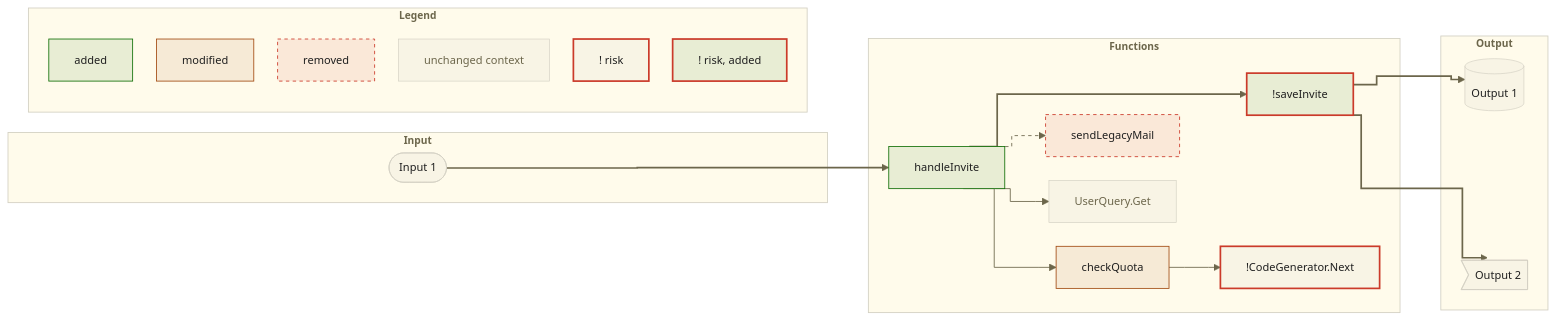
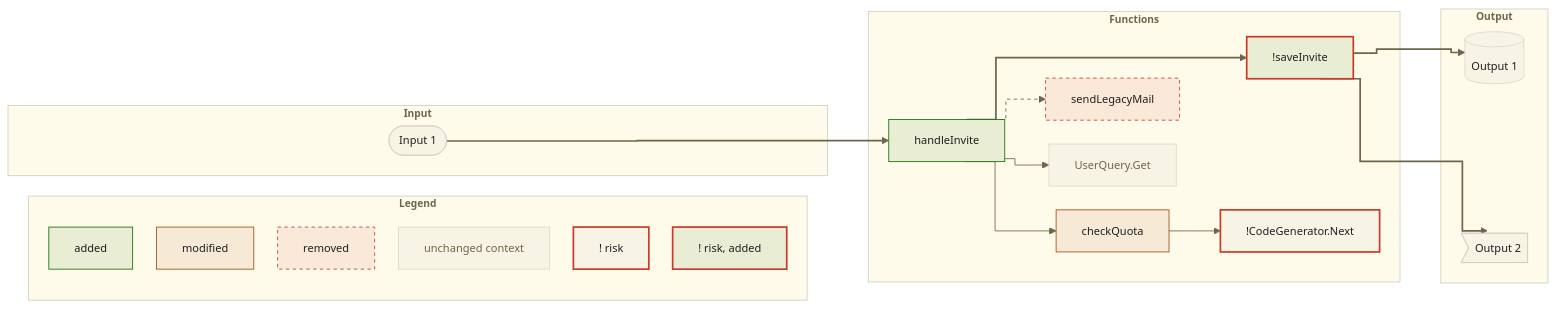
One commit to gagoar/pr-brief changed the sixth of 6 diagrams in README.md. Above: the diagram before and after it, drawn with Mermaid. The commit also changed other lines of this file and 37 other files, not shown here.

First line of the commit message:
Draw the Legend as one row under the chart

````diff
--- a/README.md
+++ b/README.md
@@ -291,50 +291,50 @@
 ```mermaid
 %%{init: {"theme":"base","flowchart":{"curve":"step","nodeSpacing":28,"rankSpacing":48,"diagramPadding":40},"themeVariables":{"darkMode":false,"background":"#fffbeb","fontFamily":"Inter, Helvetica, Arial","fontSize":"13px","dropShadow":"none","primaryColor":"#f8f4e5","primaryTextColor":"#1f1f1f","primaryBorderColor":"#d2cfc2","nodeTextColor":"#1f1f1f","textColor":"#1f1f1f","mainBkg":"#f8f4e5","nodeBorder":"#d2cfc2","lineColor":"#6c664b","clusterBkg":"#fffbeb","clusterBorder":"#d2cfc2","titleColor":"#6c664b","edgeLabelBackground":"#fffbeb"}}}%%
 graph LR
+  subgraph LEG["Legend"]
+    L1["added"]:::added
+    L2["modified"]:::modified
+    L3["removed"]:::removed
+    L4["unchanged context"]:::context
+    L5["! risk"]:::risk
+    L6["! risk, added"]:::riskadded
+  end
   subgraph IN["Input"]
     I1(["Input 1"])
   end
   subgraph FN["Functions"]
     F1["handleInvite"]:::added
     F2["checkQuota"]:::modified
     F3["sendLegacyMail"]:::removed
     F4["UserQuery.Get"]:::context
     F5["!CodeGenerator.Next"]:::risk
     F6["!saveInvite"]:::riskadded
   end
   subgraph OUT["Output"]
     O1[("Output 1")]
     O2>"Output 2"]
   end
   I1 ==> F1
   F1 --> F2
   F1 --> F4
   F2 --> F5
   F1 ==> F6
   F1 -.-> F3
   F6 ==> O1
   F6 ==> O2
   F5 ~~~ O1
   F5 ~~~ O2
-  subgraph LEG["Legend"]
-    L1["added"]:::added
-    L2["modified"]:::modified
-    L3["removed"]:::removed
-    L4["unchanged context"]:::context
-    L5["! risk"]:::risk
-    L6["! risk, added"]:::riskadded
-  end
   classDef default fill:#f8f4e5,stroke:#d2cfc2,stroke-width:0.75px,color:#1f1f1f,font-weight:500
   classDef added fill:#e8edd4,stroke:#14710a,stroke-width:1px,color:#1f1f1f,font-weight:500
   classDef modified fill:#f6ead6,stroke:#a34d14,stroke-width:1px,color:#1f1f1f,font-weight:500
   classDef removed fill:#fae8d8,stroke:#cb3a2a,stroke-width:1px,stroke-dasharray:4 4,color:#1f1f1f,font-weight:500
   classDef context fill:#f8f4e5,stroke:#d2cfc2,stroke-width:0.75px,color:#6c664b,font-weight:500
   classDef risk fill:#f8f4e5,stroke:#cb3a2a,stroke-width:2px,color:#1f1f1f,font-weight:500
   classDef riskadded fill:#e8edd4,stroke:#cb3a2a,stroke-width:2px,color:#1f1f1f,font-weight:500
   classDef zone fill:#fffbeb,stroke:#d2cfc2,stroke-width:1px,color:#6c664b,font-weight:600,font-size:12px
   class IN,FN,OUT zone
   linkStyle 1,2,3 stroke:#6c664b,stroke-width:1px
   linkStyle 0,4,6,7 stroke:#6c664b,stroke-width:2px
   linkStyle 5 stroke:#6c664b,stroke-width:1px,stroke-dasharray:4 4
   class LEG zone
 ```
````
